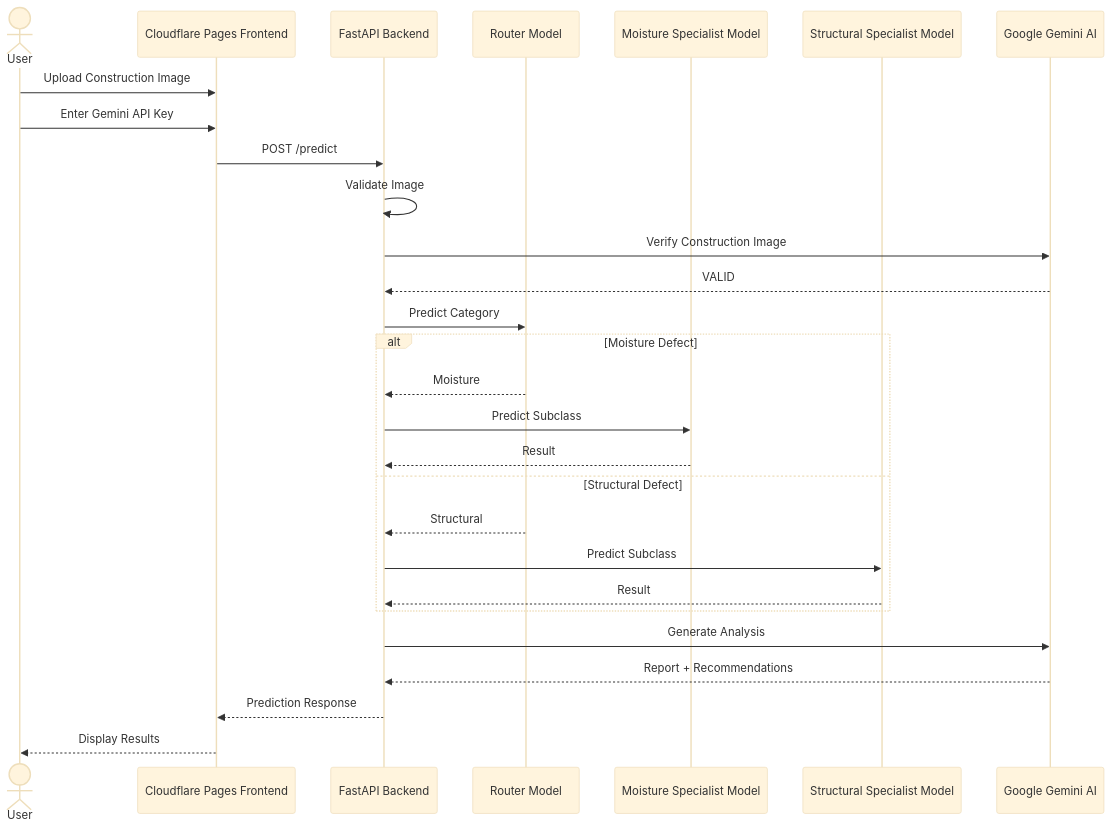
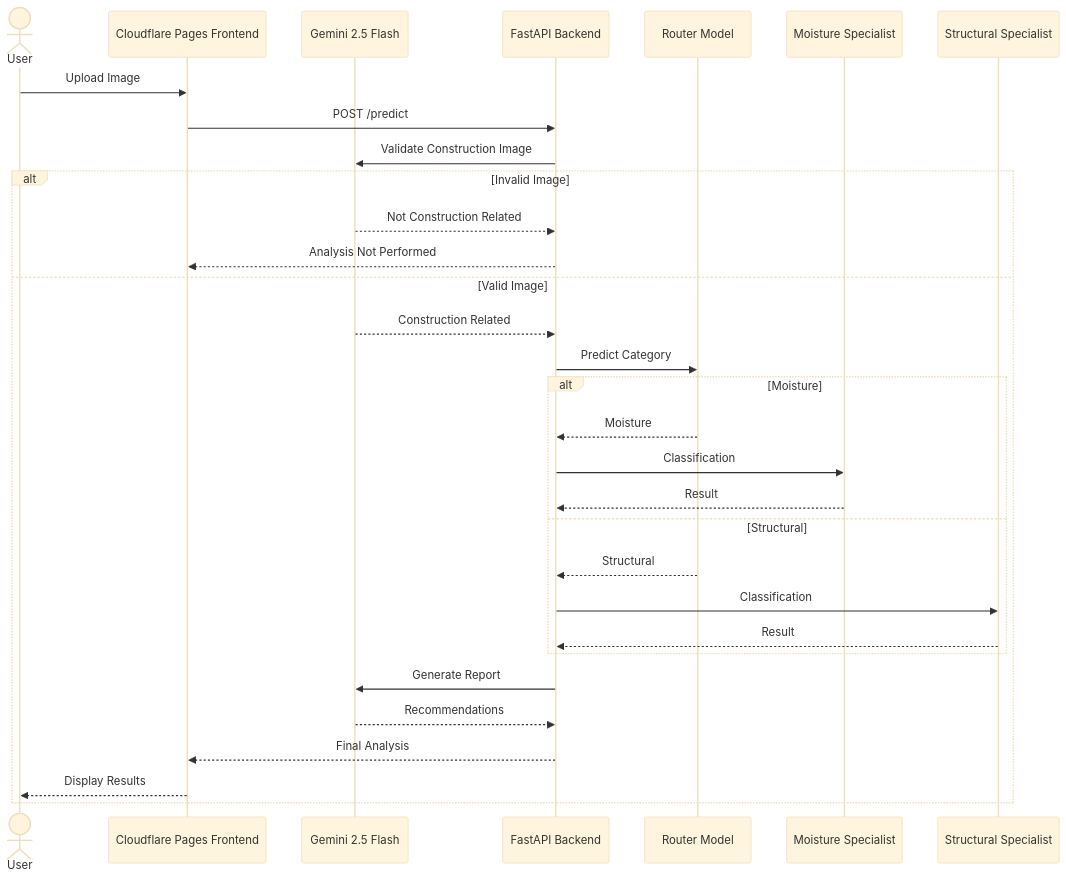
One commit to AYUSHMSINGH2004/ConstructGuard-AI changed the second of 2 diagrams in README.md. Above: the diagram before and after it, drawn with Mermaid (base theme). The commit also changed other lines of this file, not shown here.

````diff
--- a/README.md
+++ b/README.md
@@ -528,44 +410,58 @@
 ```mermaid
 sequenceDiagram
 
 actor User
 
 participant Frontend as Cloudflare Pages Frontend
+participant Gemini as Gemini 2.5 Flash
 participant Backend as FastAPI Backend
 participant Router as Router Model
-participant Moisture as Moisture Specialist Model
-participant Structural as Structural Specialist Model
-participant Gemini as Google Gemini AI
+participant Moisture as Moisture Specialist
+participant Structural as Structural Specialist
 
-User->>Frontend: Upload Construction Image
-
-User->>Frontend: Enter Gemini API Key
+User->>Frontend: Upload Image
 
 Frontend->>Backend: POST /predict
 
-Backend->>Backend: Validate Image
+Backend->>Gemini: Validate Construction Image
 
-Backend->>Gemini: Verify Construction Image
+alt Invalid Image
 
-Gemini-->>Backend: VALID
+Gemini-->>Backend: Not Construction Related
+
+Backend-->>Frontend: Analysis Not Performed
+
+else Valid Image
+
+Gemini-->>Backend: Construction Related
 
 Backend->>Router: Predict Category
 
-alt Moisture Defect
+alt Moisture
+
 Router-->>Backend: Moisture
-Backend->>Moisture: Predict Subclass
+
+Backend->>Moisture: Classification
+
 Moisture-->>Backend: Result
-else Structural Defect
+
+else Structural
+
 Router-->>Backend: Structural
-Backend->>Structural: Predict Subclass
+
+Backend->>Structural: Classification
+
 Structural-->>Backend: Result
+
 end
 
-Backend->>Gemini: Generate Analysis
+Backend->>Gemini: Generate Report
 
-Gemini-->>Backend: Report + Recommendations
+Gemini-->>Backend: Recommendations
 
-Backend-->>Frontend: Prediction Response
+Backend-->>Frontend: Final Analysis
 
 Frontend-->>User: Display Results
+
+end
 ```
````
